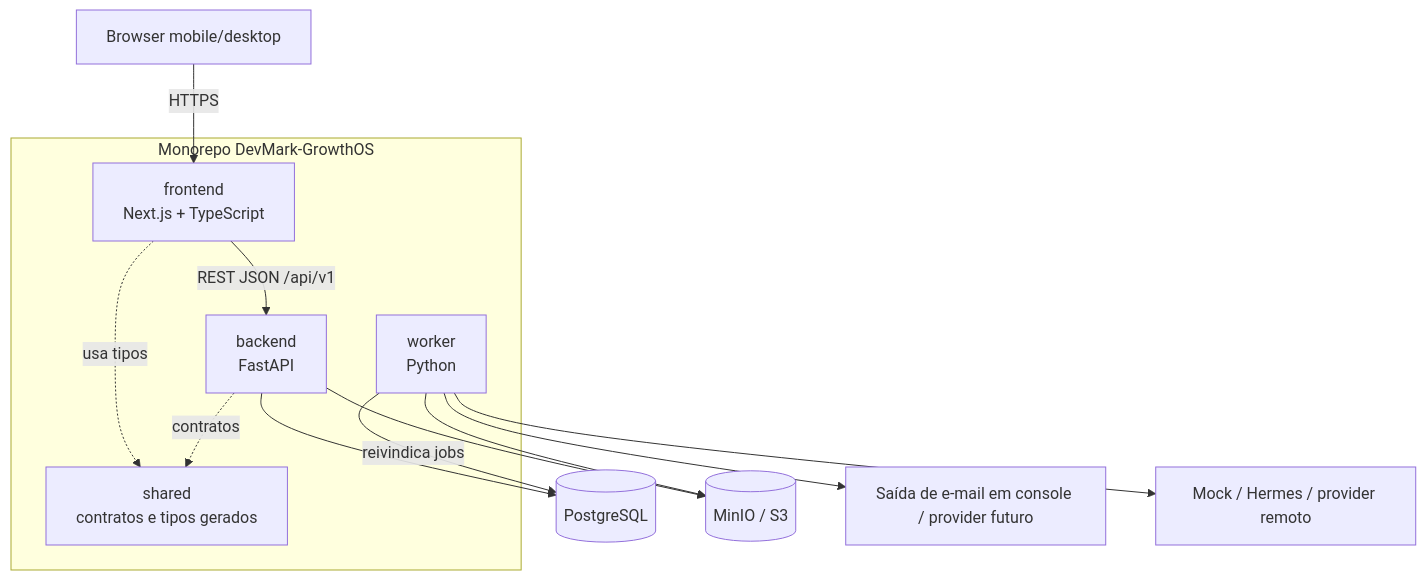
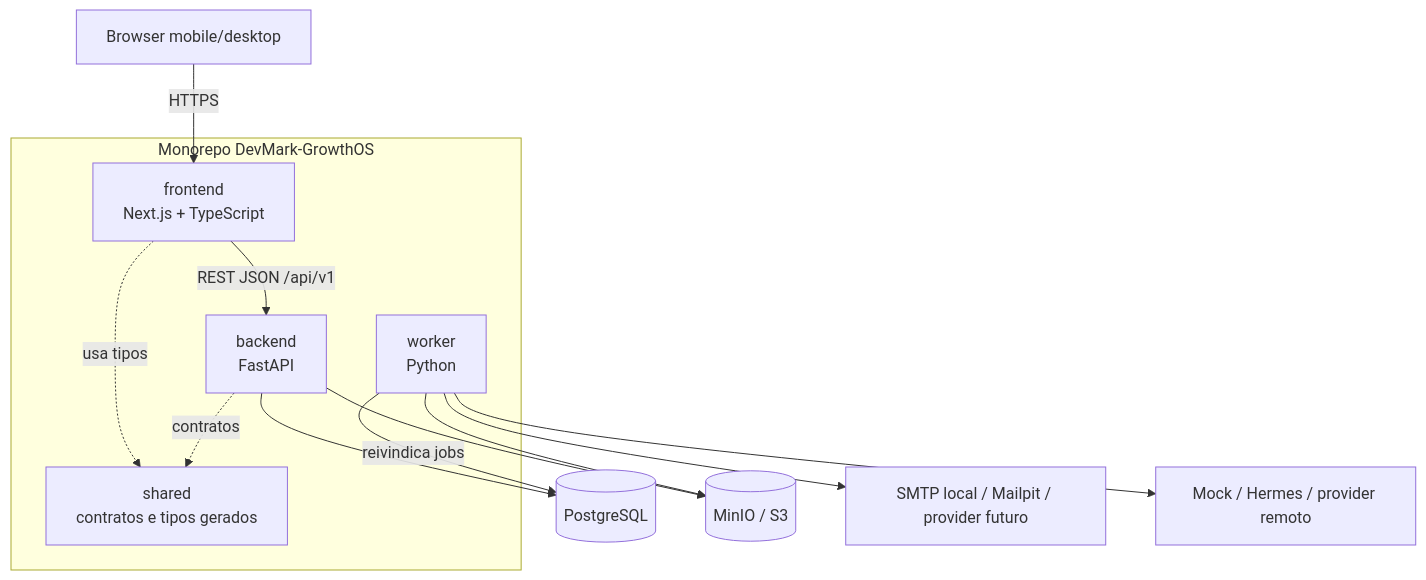
The second of 4 diagrams in docs/03-arquitetura.md (bugijo/DevMark-GrowthOS), drawn with Mermaid before and after one commit. The commit also changed other lines of this file and 124 other files, not shown here.

````diff
--- a/docs/03-arquitetura.md
+++ b/docs/03-arquitetura.md
@@ -43,27 +43,27 @@
 ```mermaid
 flowchart TB
     U[Browser mobile/desktop]
 
     subgraph Repo[Monorepo DevMark-GrowthOS]
         FE[frontend<br/>Next.js + TypeScript]
         API[backend<br/>FastAPI]
         WK[worker<br/>Python]
         SH[shared<br/>contratos e tipos gerados]
     end
 
     DB[(PostgreSQL)]
     OBJ[(MinIO / S3)]
-    EMAIL[Saída de e-mail em console / provider futuro]
+    EMAIL[SMTP local / Mailpit / provider futuro]
     PROV[Mock / Hermes / provider remoto]
 
     U -->|HTTPS| FE
     FE -->|REST JSON /api/v1| API
     FE -. usa tipos .-> SH
     API --> DB
     API --> OBJ
     API -. contratos .-> SH
     WK -->|reivindica jobs| DB
     WK --> OBJ
     WK --> EMAIL
     WK --> PROV
 ```
````
